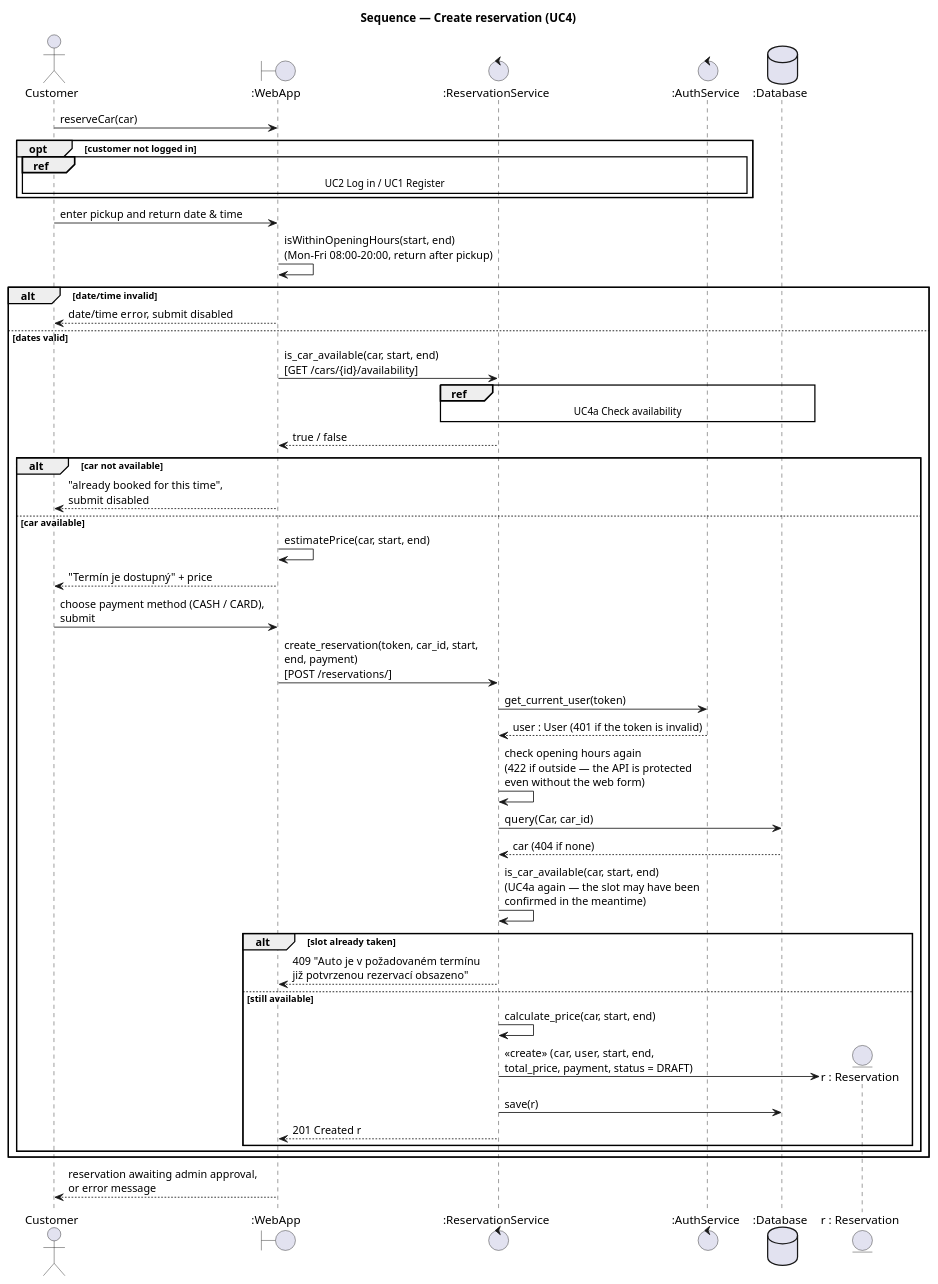
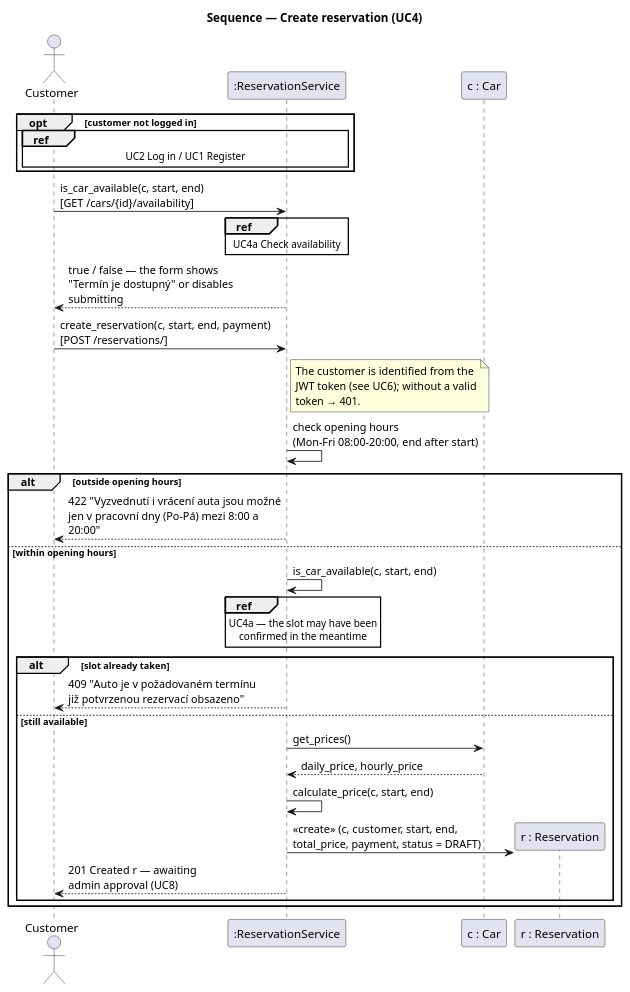
One commit to DavidMagyarics/CarRentalVSB changed the diagram in docs/diagrams/sequence-make-reservation.puml. Above: the diagram before and after it, drawn with PlantUML. The commit also changed 13 other files, not shown here.

Commit message:
docs: draw the sequence diagrams in the lecture style, with the domain objects as the main participants

```diff
--- a/docs/diagrams/sequence-make-reservation.puml
+++ b/docs/diagrams/sequence-make-reservation.puml
@@ -1,54 +1,43 @@
 @startuml sequence-make-reservation
 skinparam backgroundColor white
 skinparam responseMessageBelowArrow true
 skinparam maxMessageSize 260
 title Sequence — Create reservation (UC4)
 actor Customer
-boundary ":WebApp" as Web
-control ":ReservationService" as Res
-control ":AuthService" as Auth
-database ":Database" as DB
-entity "r : Reservation" as R
+participant ":ReservationService" as Res
+participant "c : Car" as C
+participant "r : Reservation" as R
 
-Customer -> Web : reserveCar(car)
 opt customer not logged in
-  ref over Customer, Web, Auth : UC2 Log in / UC1 Register
+  ref over Customer, Res : UC2 Log in / UC1 Register
 end
-Customer -> Web : enter pickup and return date & time
-Web -> Web : isWithinOpeningHours(start, end)\n(Mon–Fri 08:00–20:00, return after pickup)
 
-alt date/time invalid
-  Web --> Customer : date/time error, submit disabled
-else dates valid
-  Web -> Res : is_car_available(car, start, end)\n[GET /cars/{id}/availability]
-  ref over Res, DB : UC4a Check availability
-  Res --> Web : true / false
+Customer -> Res : is_car_available(c, start, end)\n[GET /cars/{id}/availability]
+ref over Res : UC4a Check availability
+Res --> Customer : true / false — the form shows\n"Termín je dostupný" or disables submitting
 
-  alt car not available
-    Web --> Customer : "already booked for this time",\nsubmit disabled
-  else car available
-    Web -> Web : estimatePrice(car, start, end)
-    Web --> Customer : "Termín je dostupný" + price
-    Customer -> Web : choose payment method (CASH / CARD),\nsubmit
-    Web -> Res : create_reservation(token, car_id, start, end, payment)\n[POST /reservations/]
-    Res -> Auth : get_current_user(token)
-    Auth --> Res : user : User (401 if the token is invalid)
-    Res -> Res : check opening hours again\n(422 if outside — the API is protected\neven without the web form)
-    Res -> DB : query(Car, car_id)
-    DB --> Res : car (404 if none)
-    Res -> Res : is_car_available(car, start, end)\n(UC4a again — the slot may have been\nconfirmed in the meantime)
+Customer -> Res : create_reservation(c, start, end, payment)\n[POST /reservations/]
+note right of Res
+  The customer is identified from the
+  JWT token (see UC6); without a valid
+  token → 401.
+end note
+Res -> Res : check opening hours\n(Mon–Fri 08:00–20:00, end after start)
 
-    alt slot already taken
-      Res --> Web : 409 "Auto je v požadovaném termínu\njiž potvrzenou rezervací obsazeno"
-    else still available
-      Res -> Res : calculate_price(car, start, end)
-      create R
-      Res -> R : <<create>> (car, user, start, end,\ntotal_price, payment, status = DRAFT)
-      Res -> DB : save(r)
-      Res --> Web : 201 Created r
-    end
+alt outside opening hours
+  Res --> Customer : 422 "Vyzvednutí i vrácení auta jsou možné\njen v pracovní dny (Po–Pá) mezi 8:00 a 20:00"
+else within opening hours
+  Res -> Res : is_car_available(c, start, end)
+  ref over Res : UC4a — the slot may have been\nconfirmed in the meantime
+  alt slot already taken
+    Res --> Customer : 409 "Auto je v požadovaném termínu\njiž potvrzenou rezervací obsazeno"
+  else still available
+    Res -> C : get_prices()
+    C --> Res : daily_price, hourly_price
+    Res -> Res : calculate_price(c, start, end)
+    create R
+    Res -> R : <<create>> (c, customer, start, end,\ntotal_price, payment, status = DRAFT)
+    Res --> Customer : 201 Created r — awaiting\nadmin approval (UC8)
   end
 end
-
-Web --> Customer : reservation awaiting admin approval,\nor error message
 @enduml
```
